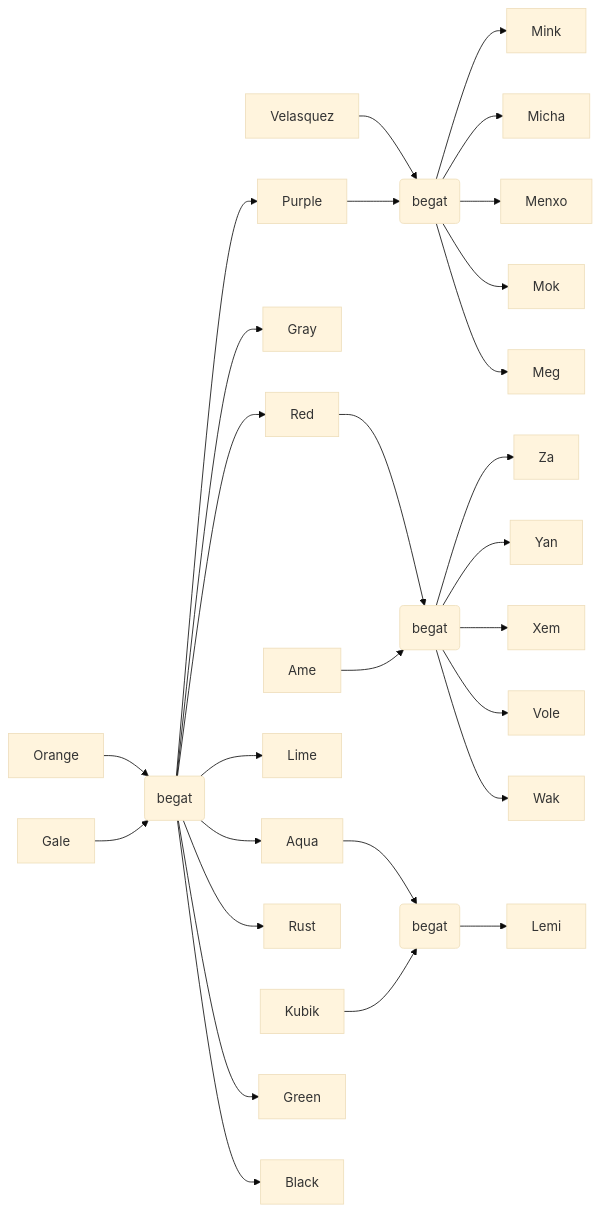
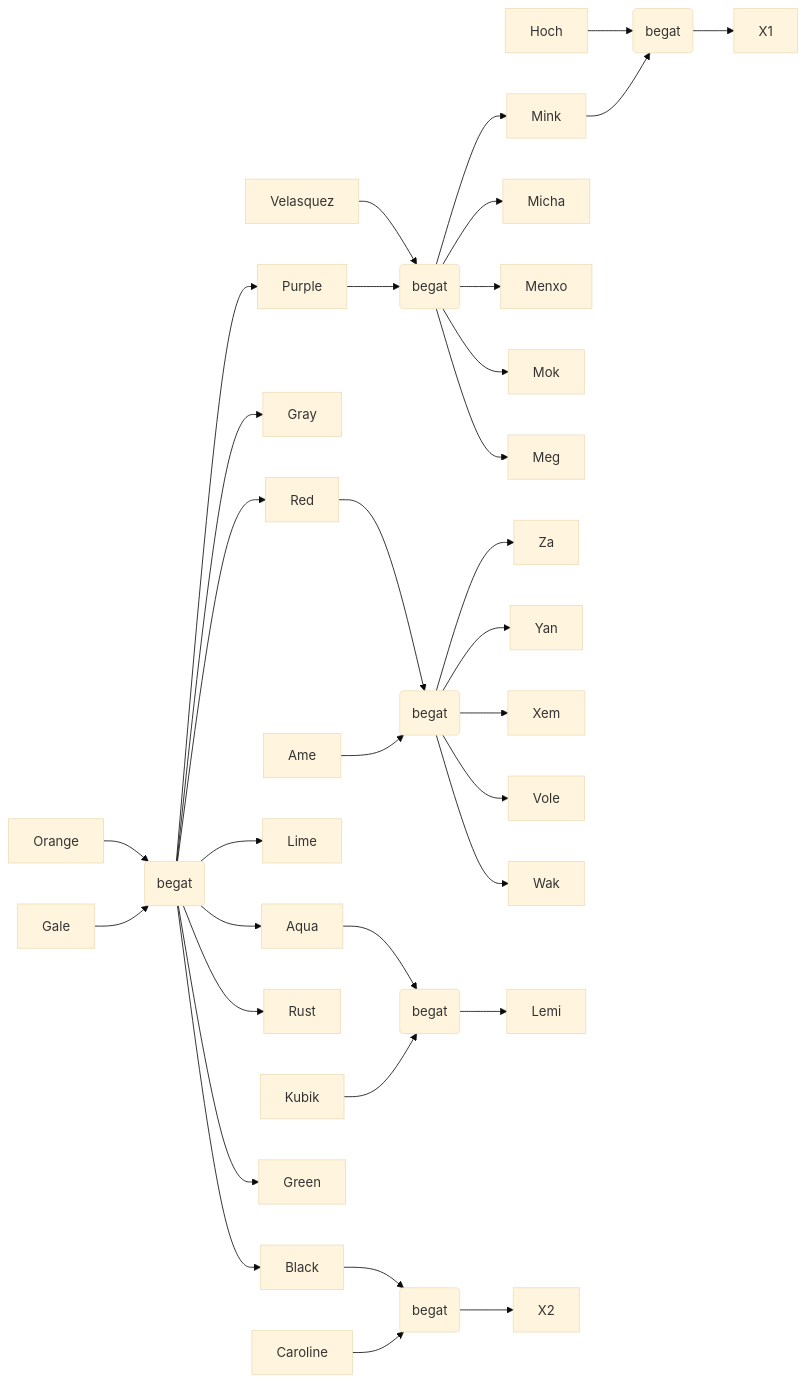
One commit to WuphonsReach/rimworld-notes changed the diagram in plays/BaidaTribe2025/Baida-FamilyTrees.md. Above: the diagram before and after it, drawn with Mermaid (base theme). The commit also changed 1 other file, not shown here.

Commit message:
Baida 5523

````diff
--- a/plays/BaidaTribe2025/Baida-FamilyTrees.md
+++ b/plays/BaidaTribe2025/Baida-FamilyTrees.md
@@ -5,30 +5,36 @@
 ```mermaid
 flowchart LR
   Orange --> OrangeGale(begat)
   Gale --> OrangeGale(begat)
   Velasquez --> PurpleVelasquez(begat)
   OrangeGale --> Purple
   OrangeGale --> Gray
   OrangeGale --> Red
   Red --> RedAme(begat)
   Ame --> RedAme(begat)
   OrangeGale --> Lime
   OrangeGale --> Aqua
   OrangeGale --> Rust
   Aqua --> AquaKubik(begat)
   Kubik --> AquaKubik(begat)
   OrangeGale --> Green
   OrangeGale --> Black
   Purple --> PurpleVelasquez(begat)
+  Hoch --> MinkHoch(begat)
+  Mink --> MinkHoch(begat)
   PurpleVelasquez --> Mink
   PurpleVelasquez --> Micha
   PurpleVelasquez --> Menxo
   PurpleVelasquez --> Mok
   PurpleVelasquez --> Meg
   RedAme --> Za
   RedAme --> Yan
   RedAme --> Xem
   RedAme --> Vole
   RedAme --> Wak
   AquaKubik --> Lemi
+  MinkHoch --> X1
+  Black --> BlackCaroline(begat)
+  Caroline --> BlackCaroline(begat)
+  BlackCaroline --> X2
 ```
````
